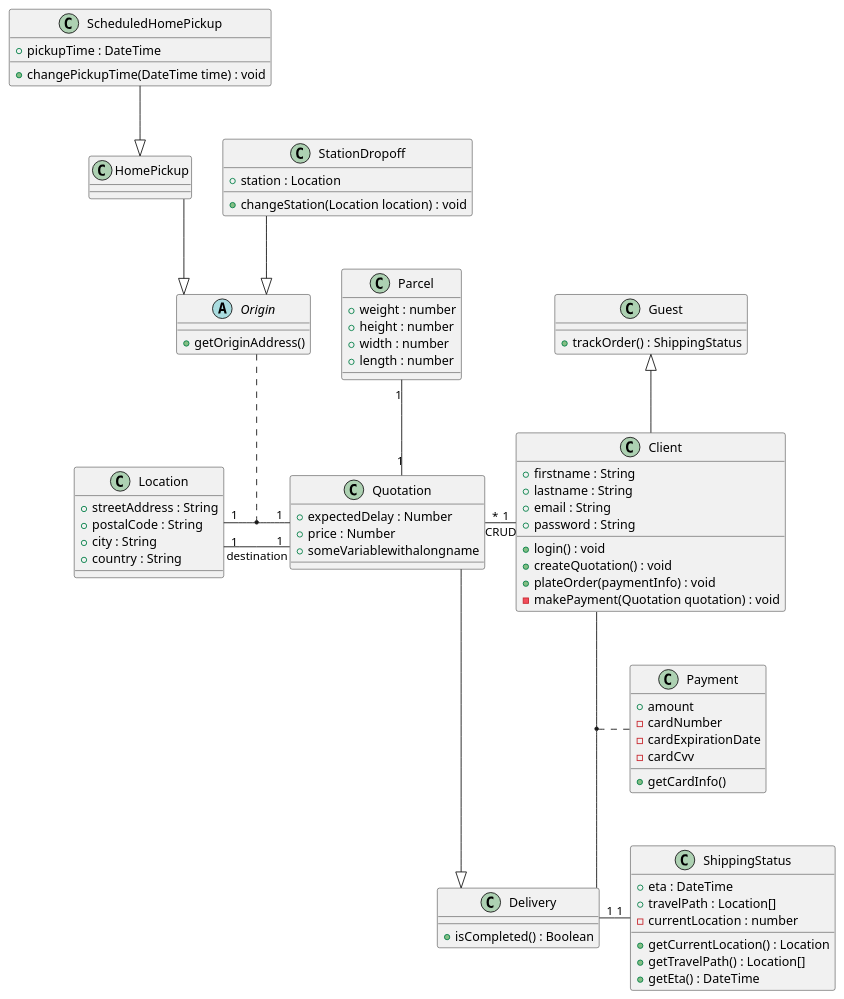
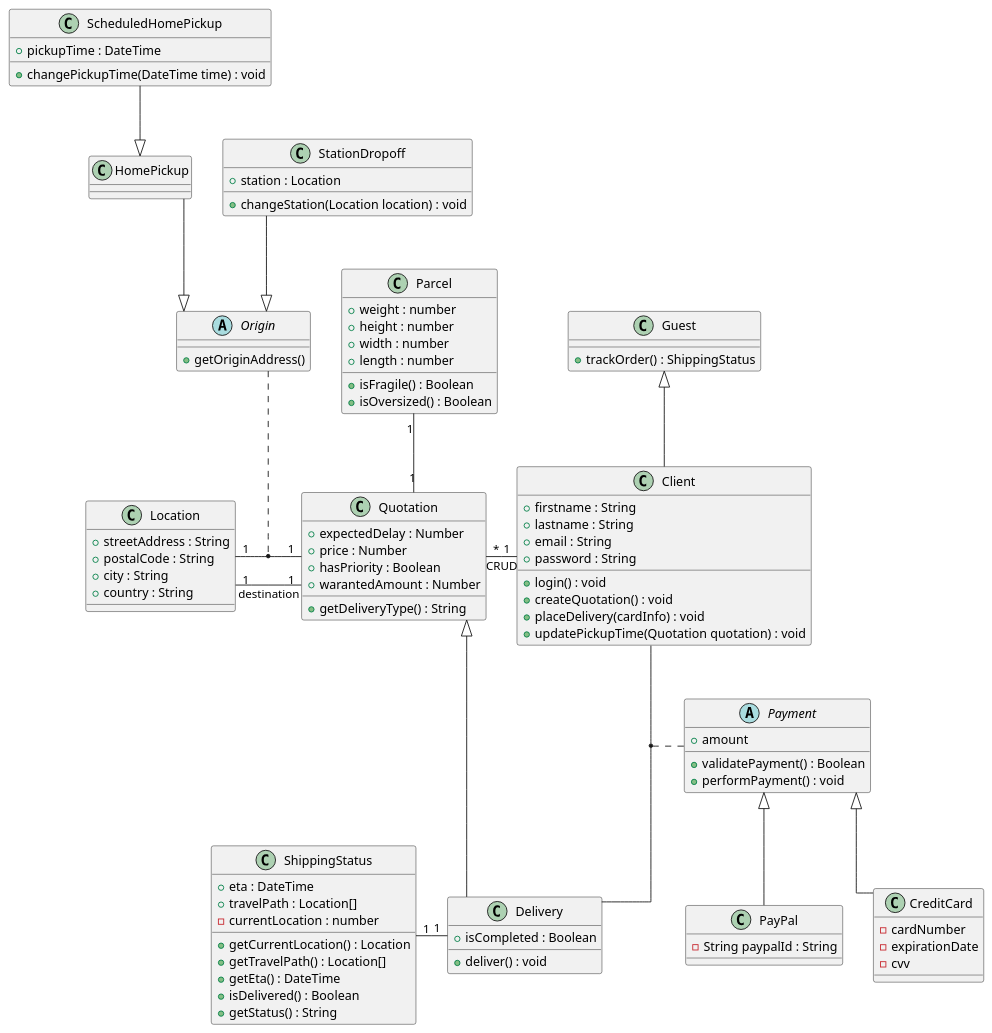
Before and after one commit to FrancoDominguez/SOEN343-CPS: the diagram in documentation/classDiagram.puml, drawn with PlantUML. The commit also changed 27 other files, not shown here.

```diff
--- a/documentation/classDiagram.puml
+++ b/documentation/classDiagram.puml
@@ -1,93 +1,106 @@
 @startuml classDiagram
 skinparam linetype ortho
-
-
 
 class Guest {
   + trackOrder() : ShippingStatus
 }
 
 class Client {
   + firstname : String
   + lastname : String
   + email : String
   + password : String
   + login() : void
   + createQuotation() : void
-  + plateOrder(paymentInfo) : void
-  - makePayment(Quotation quotation) : void
+  + placeDelivery(cardInfo) : void
+  + updatePickupTime(Quotation quotation) : void
 }
 
-class Payment {
+abstract class Payment {
   + amount
+  + validatePayment() : Boolean
+  + performPayment() : void
+}
+
+class PayPal extends Payment {
+  - String paypalId : String
+}
+
+class CreditCard extends Payment{
   - cardNumber
-  - cardExpirationDate
-  - cardCvv
-  + getCardInfo()
+  - expirationDate
+  - cvv
 }
 
 class Location {
   + streetAddress : String
   + postalCode : String
   + city : String
   + country : String
 }
 
 abstract class Origin {
   + getOriginAddress()
 }
 
 class HomePickup{}
 class ScheduledHomePickup{
   + pickupTime : DateTime
   + changePickupTime(DateTime time) : void
 }
 
 class StationDropoff{
   + station : Location
   + changeStation(Location location) : void
 }
 
 class Quotation {
   + expectedDelay : Number
   + price : Number
-  + someVariablewithalongname
+  + hasPriority : Boolean
+  + warantedAmount : Number
+  + getDeliveryType() : String
 }
 
 class Delivery {
-  + isCompleted() : Boolean
+  + isCompleted : Boolean
+  + deliver() : void
 }
 
 class ShippingStatus {
   + eta : DateTime
   + travelPath : Location[]
   - currentLocation : number
   + getCurrentLocation() : Location
   + getTravelPath() : Location[]
   + getEta() : DateTime
+  + isDelivered() : Boolean
+  + getStatus() : String
 }
 
 
 class Parcel {
   + weight : number
   + height : number
   + width : number
   + length : number
+  + isFragile() : Boolean
+  + isOversized() : Boolean
 }
 
 Guest <|-- Client
-Quotation --|> Delivery
+Quotation <|-- Delivery
 StationDropoff --|> Origin
 HomePickup --|> Origin
 ScheduledHomePickup --|> HomePickup
 
 Client "1" -left- "*" Quotation : CRUD
 Parcel "1" -- "1" Quotation
 Location "1" - "1" Quotation : destination
 Location "1" - "1" Quotation
 (Client, Delivery) .. Payment
 Origin .. (Quotation, Location)
-Delivery "1" -right- "1" ShippingStatus
+Delivery "1" -left- "1" ShippingStatus
 
 
 @enduml
```
